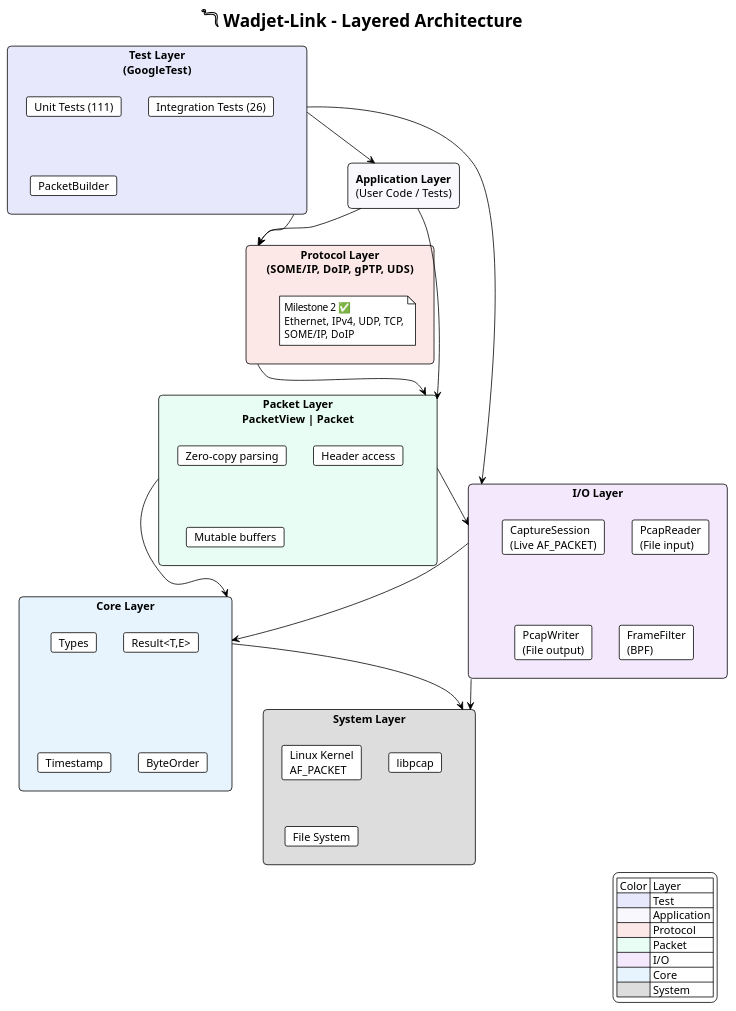
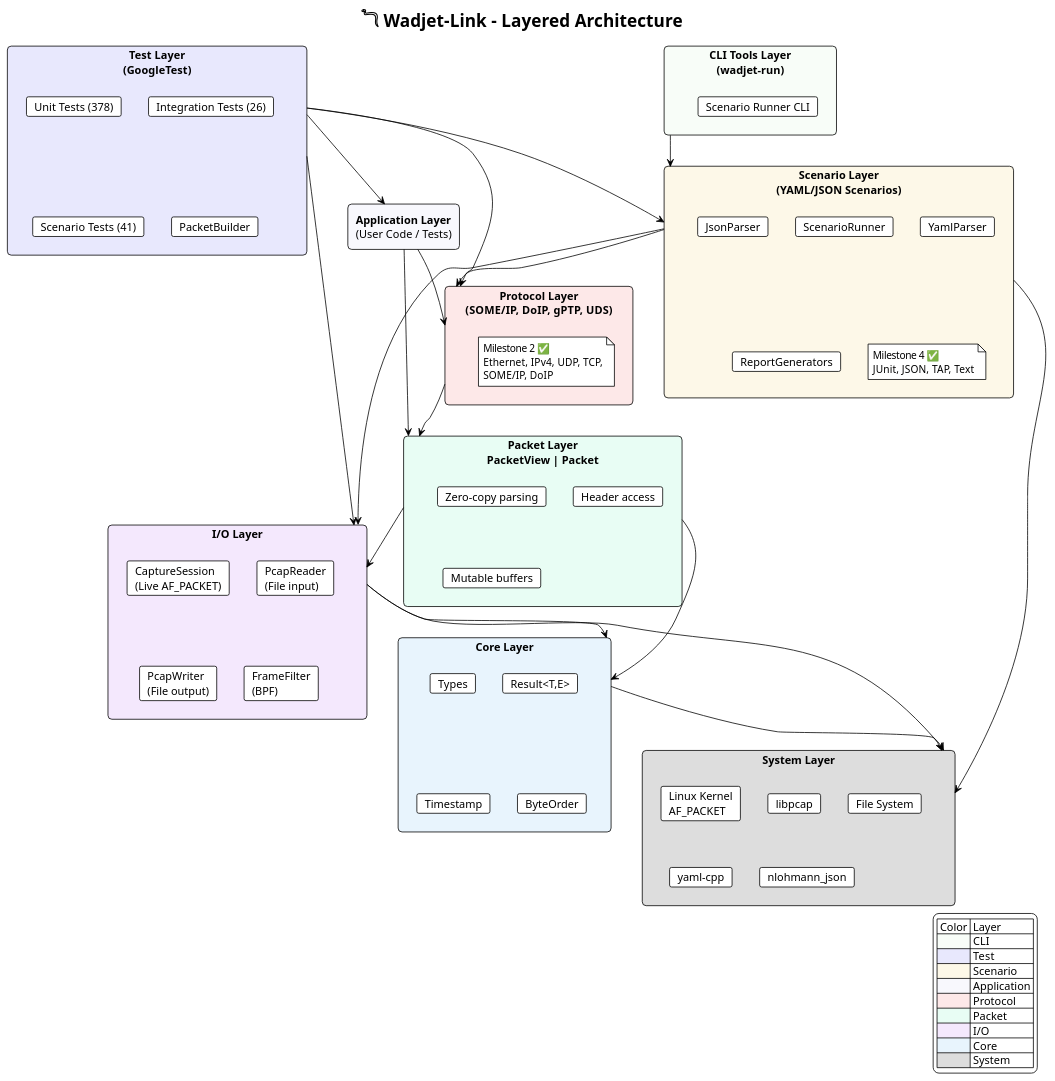
One commit to mm0rsy/Wadjet-Link changed the diagram in architecture/layer_architecture.puml. Above: the diagram before and after it, drawn with PlantUML. The commit also changed 2 other files, not shown here.

Commit message:
docs(architecture): Update diagrams with scenario module
Update existing architecture diagrams to include Milestone 4 components:
- component_overview.puml: Add Scenario Module, CLI Tools, yaml-cpp,
  nlohmann_json dependencies
- layer_architecture.puml: Add CLI Layer and Scenario Layer
- README.md: Add scenario diagrams to index, update test counts to 378

```diff
--- a/architecture/layer_architecture.puml
+++ b/architecture/layer_architecture.puml
@@ -1,72 +1,94 @@
 @startuml layer_architecture
 !theme plain
 title 𓆓 Wadjet-Link - Layered Architecture
 
 skinparam backgroundColor white
 skinparam rectangle {
     roundCorner 10
 }
 
+rectangle "**CLI Tools Layer**\n(wadjet-run)" as CLI #F8FDF8 {
+    card "Scenario Runner CLI" as SRCLI
+}
+
 rectangle "**Test Layer**\n(GoogleTest)" as Test #E8E8FD {
-    card "Unit Tests (111)" as UT
+    card "Unit Tests (378)" as UT
     card "Integration Tests (26)" as IT
+    card "Scenario Tests (41)" as ST
     card "PacketBuilder" as PB
+}
+
+rectangle "**Scenario Layer**\n(YAML/JSON Scenarios)" as Scenario #FDF8E8 {
+    card "ScenarioRunner" as SR
+    card "YamlParser" as YP
+    card "JsonParser" as JP
+    card "ReportGenerators" as RG
+    note "Milestone 4 ✅\nJUnit, JSON, TAP, Text" as N2
 }
 
 rectangle "**Application Layer**\n(User Code / Tests)" as App #F8F8FD {
 }
 
 rectangle "**Protocol Layer**\n(SOME/IP, DoIP, gPTP, UDS)" as Protocol #FDE8E8 {
     note "Milestone 2 ✅\nEthernet, IPv4, UDP, TCP,\nSOME/IP, DoIP" as N1
 }
 
 rectangle "**Packet Layer**\nPacketView | Packet" as Net #E8FDF4 {
     card "Zero-copy parsing" as ZC
     card "Header access" as HA
     card "Mutable buffers" as MB
 }
 
 rectangle "**I/O Layer**" as IO #F4E8FD {
     card "CaptureSession\n(Live AF_PACKET)" as CS
     card "PcapReader\n(File input)" as PR
     card "PcapWriter\n(File output)" as PW
     card "FrameFilter\n(BPF)" as FF
 }
 
 rectangle "**Core Layer**" as Core #E8F4FD {
     card "Types" as T
     card "Result<T,E>" as R
     card "Timestamp" as TS
     card "ByteOrder" as BO
 }
 
 rectangle "**System Layer**" as Sys #DDDDDD {
     card "Linux Kernel\nAF_PACKET" as K
     card "libpcap" as LP
     card "File System" as FS
+    card "yaml-cpp" as YAML
+    card "nlohmann_json" as JSON
 }
 
+CLI -down-> Scenario
+Scenario -down-> Protocol
+Scenario -down-> IO
+Scenario -down-> Sys
 Test -down-> App
 Test -down-> Protocol
 Test -down-> IO
+Test -down-> Scenario
 App -down-> Protocol
 App -down-> Net
 Protocol -down-> Net
 Net -down-> IO
 Net -down-> Core
 IO -down-> Core
 IO -down-> Sys
 Core -down-> Sys
 
 legend right
   | Color | Layer |
+  | <#F8FDF8> | CLI |
   | <#E8E8FD> | Test |
+  | <#FDF8E8> | Scenario |
   | <#F8F8FD> | Application |
   | <#FDE8E8> | Protocol |
   | <#E8FDF4> | Packet |
   | <#F4E8FD> | I/O |
   | <#E8F4FD> | Core |
   | <#DDDDDD> | System |
 endlegend
 
 @enduml
```
